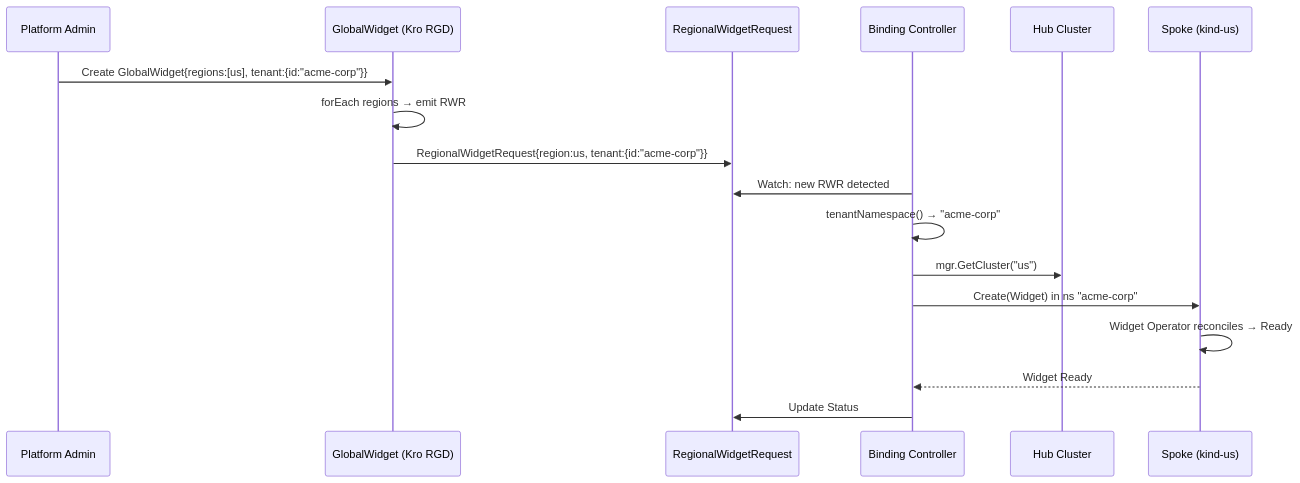
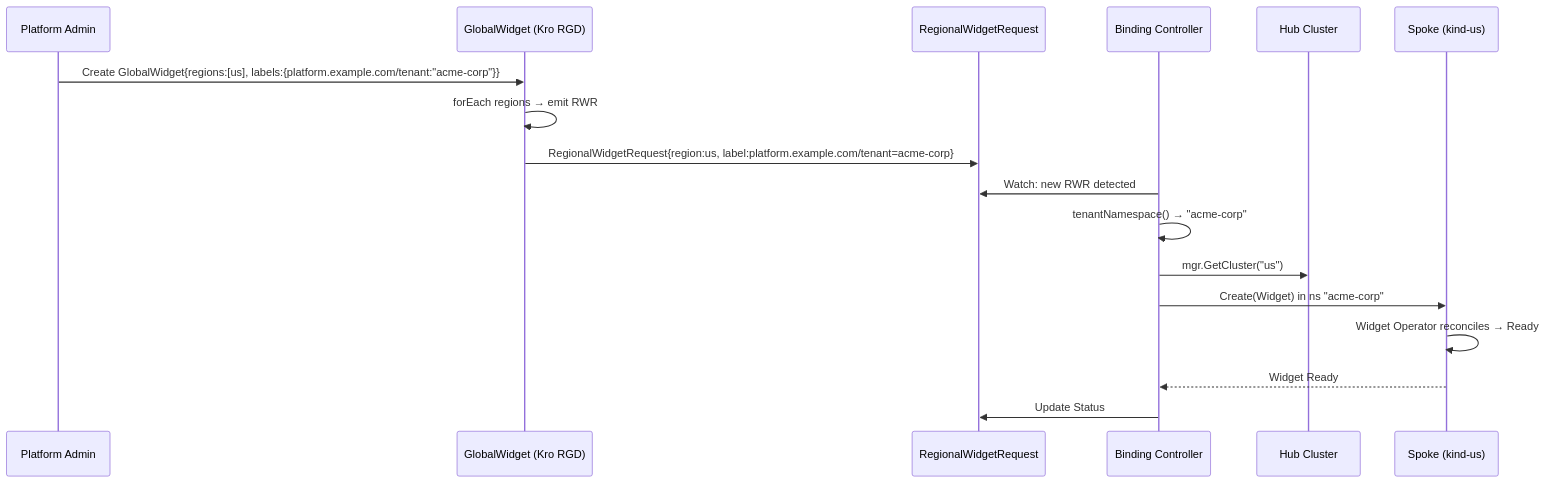
The third of 3 diagrams in docs/platform-mvp/00-overview.md (sojoner/kro-lab), drawn with Mermaid before and after one commit. The commit also changed other lines of this file and 126 other files, not shown here.

````diff
--- a/docs/platform-mvp/00-overview.md
+++ b/docs/platform-mvp/00-overview.md
@@ -101,20 +104,20 @@
 ```mermaid
 sequenceDiagram
     participant User as Platform Admin
     participant GW as GlobalWidget (Kro RGD)
     participant RWR as RegionalWidgetRequest
     participant BC as Binding Controller
     participant Hub as Hub Cluster
     participant Spoke as Spoke (kind-us)
 
-    User->>GW: Create GlobalWidget{regions:[us], tenant:{id:"acme-corp"}}
+    User->>GW: Create GlobalWidget{regions:[us], labels:{platform.example.com/tenant:"acme-corp"}}
     GW->>GW: forEach regions → emit RWR
-    GW->>RWR: RegionalWidgetRequest{region:us, tenant:{id:"acme-corp"}}
+    GW->>RWR: RegionalWidgetRequest{region:us, label:platform.example.com/tenant=acme-corp}
     BC->>RWR: Watch: new RWR detected
     BC->>BC: tenantNamespace() → "acme-corp"
     BC->>Hub: mgr.GetCluster("us")
     BC->>Spoke: Create(Widget) in ns "acme-corp"
     Spoke->>Spoke: Widget Operator reconciles → Ready
     Spoke-->>BC: Widget Ready
     BC->>RWR: Update Status
 ```
````
